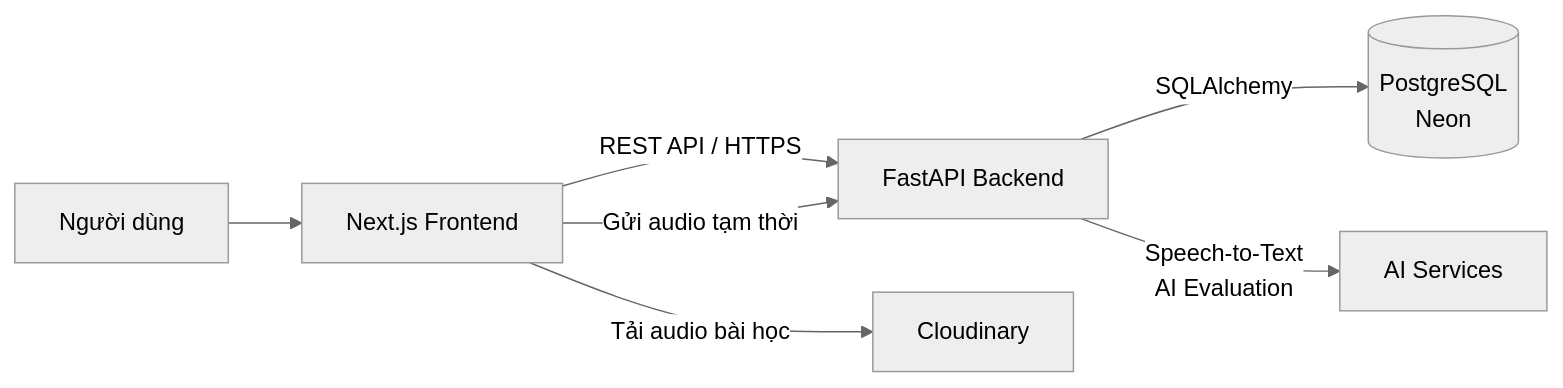
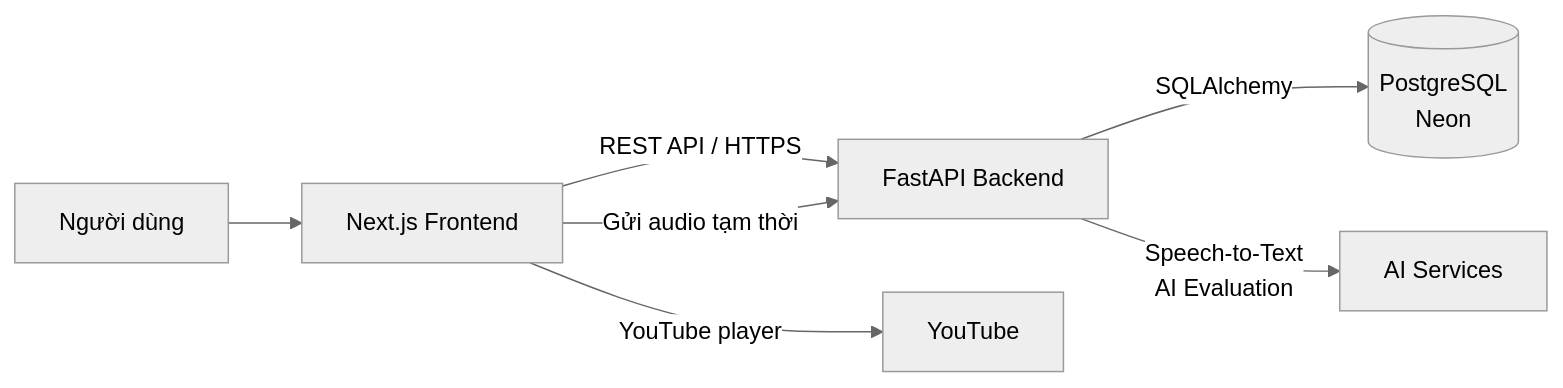
Before and after one commit to mrthinh307/kaiwa-up: the first of 6 diagrams in docs/04-architecture.md, drawn with Mermaid (neutral theme). The commit also changed other lines of this file and 6 other files, not shown here.

Commit message:
refactor(docs): update audio source references from Cloudinary to YouTube

````diff
--- a/docs/04-architecture.md
+++ b/docs/04-architecture.md
@@ -45,26 +45,26 @@
 ```mermaid
 flowchart LR
     U[Người dùng]
 
     FE[Next.js Frontend]
 
     BE[FastAPI Backend]
 
     DB[(PostgreSQL<br/>Neon)]
 
-    CL[Cloudinary]
+    YT[YouTube]
 
     AI[AI Services]
 
     U --> FE
 
     FE -->|REST API / HTTPS| BE
 
     BE -->|SQLAlchemy| DB
 
-    FE -->|Tải audio bài học| CL
+    FE -->|YouTube player| YT
 
     FE -->|Gửi audio tạm thời| BE
 
     BE -->|Speech-to-Text<br/>AI Evaluation| AI
 ```
````
